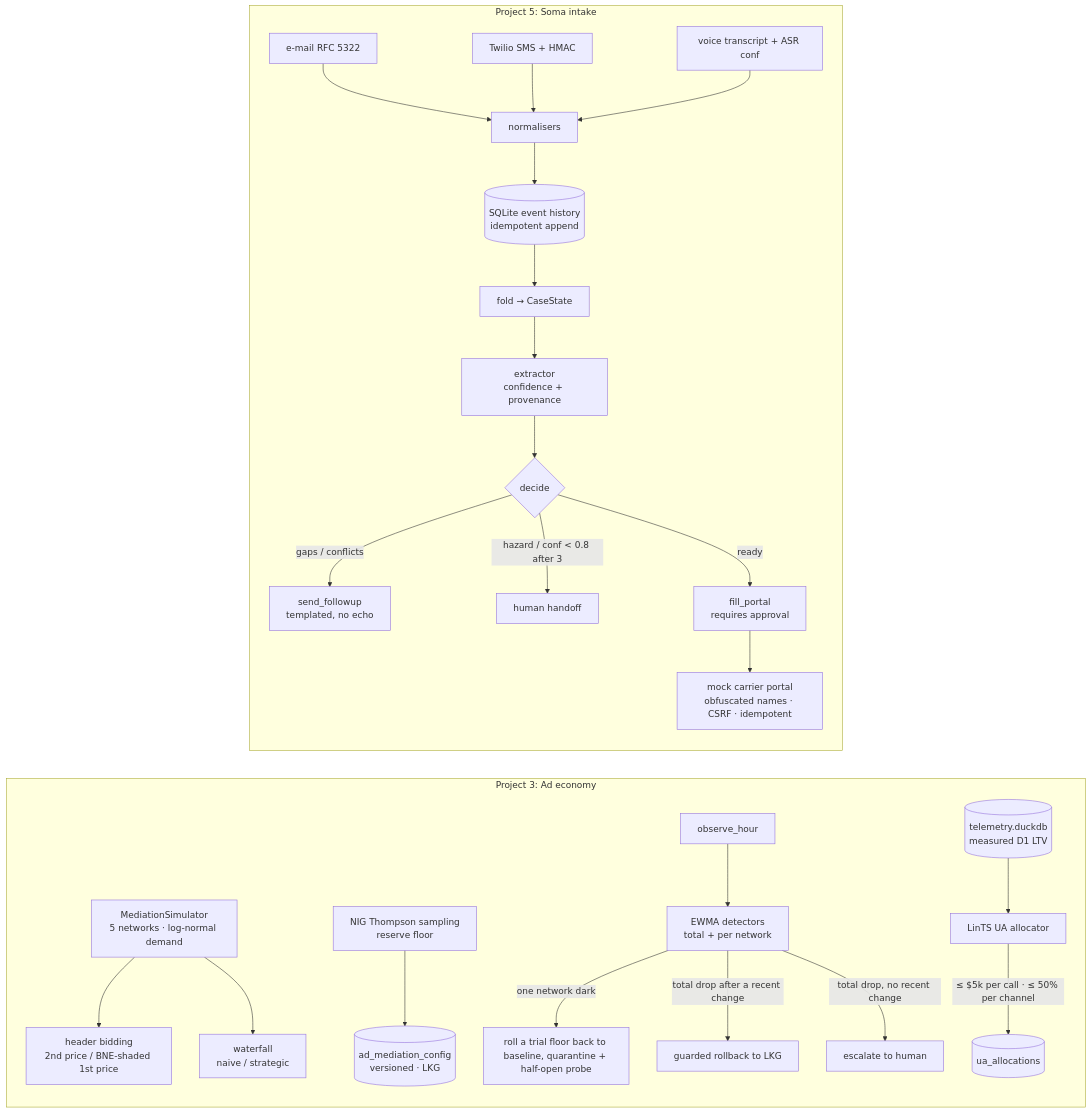
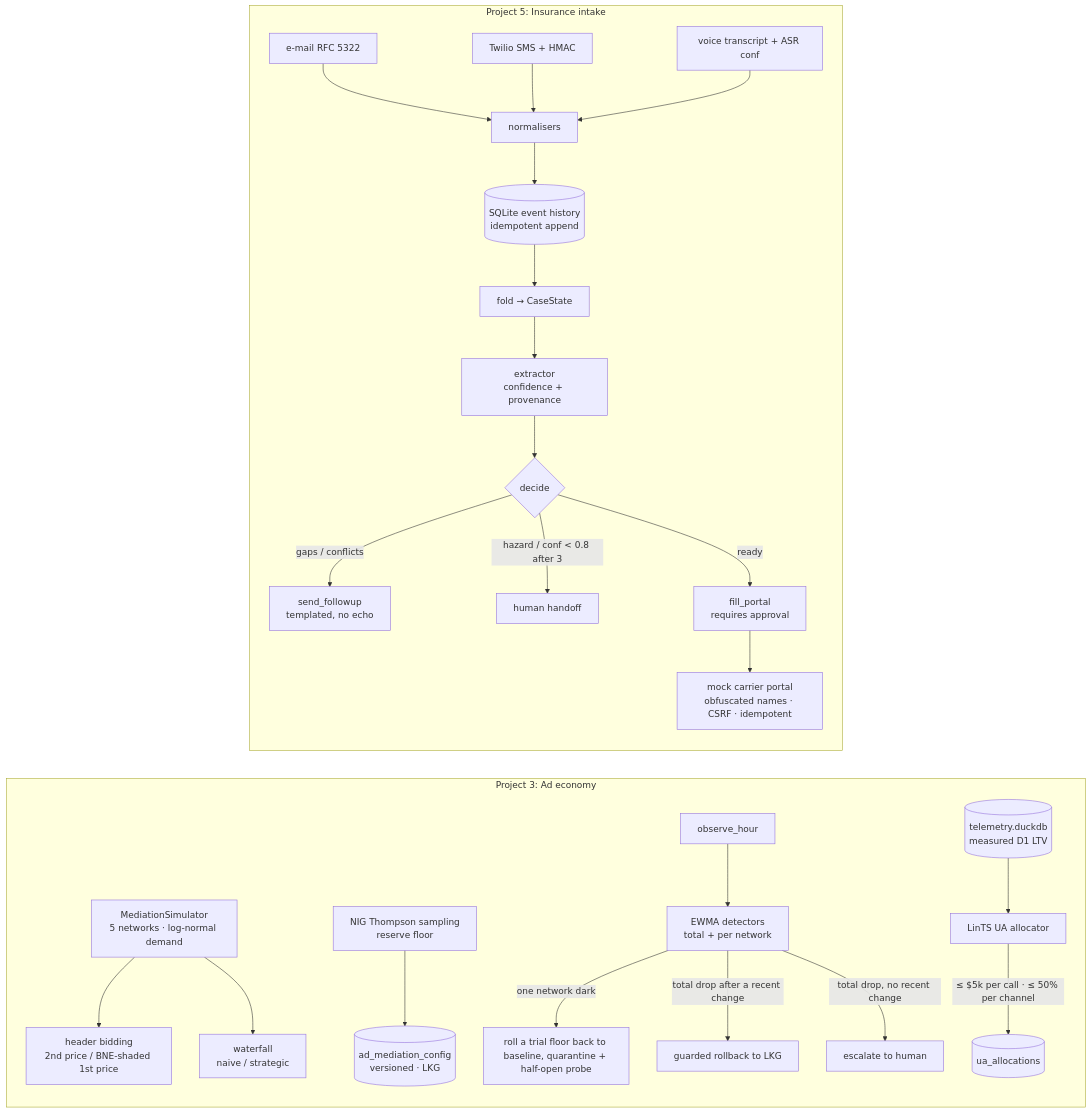
One commit to akshitsubudhi/wordforge-agents changed the third of 3 diagrams in docs/ARCHITECTURE.md. Above: the diagram before and after it, drawn with Mermaid. The commit also changed other lines of this file and 25 other files, not shown here.

First line of the commit message:
Rename the Soma intake project to Insurance Intake everywhere

````diff
--- a/docs/ARCHITECTURE.md
+++ b/docs/ARCHITECTURE.md
@@ -251,27 +251,27 @@
 ```mermaid
 flowchart LR
     subgraph Ads["Project 3: Ad economy"]
         SIM[MediationSimulator<br/>5 networks · log-normal demand] --> HB[header bidding<br/>2nd price / BNE-shaded 1st price]
         SIM --> WF[waterfall<br/>naive / strategic]
         TS[NIG Thompson sampling<br/>reserve floor] --> CFG[(ad_mediation_config<br/>versioned · LKG)]
         OBS[observe_hour] --> DET[EWMA detectors<br/>total + per network]
         DET -->|one network dark| Q[roll a trial floor back to baseline, quarantine + half-open probe]
         DET -->|total drop after a recent change| RB[guarded rollback to LKG]
         DET -->|total drop, no recent change| ESC[escalate to human]
         LTV[(telemetry.duckdb<br/>measured D1 LTV)] --> UA[LinTS UA allocator]
         UA -->|≤ $5k per call · ≤ 50% per channel| ALLOC[(ua_allocations)]
     end
-    subgraph Soma["Project 5: Soma intake"]
+    subgraph Intake["Project 5: Insurance intake"]
         E[e-mail RFC 5322] --> N[normalisers]
         S[Twilio SMS + HMAC] --> N
         V[voice transcript + ASR conf] --> N
         N --> ES[(SQLite event history<br/>idempotent append)]
         ES --> F[fold → CaseState]
         F --> X[extractor<br/>confidence + provenance]
         X --> D{decide}
         D -->|gaps / conflicts| FU[send_followup<br/>templated, no echo]
         D -->|hazard / conf < 0.8 after 3| HO[human handoff]
         D -->|ready| PF[fill_portal<br/>requires approval]
         PF --> P[mock carrier portal<br/>obfuscated names · CSRF · idempotent]
     end
 ```
````
